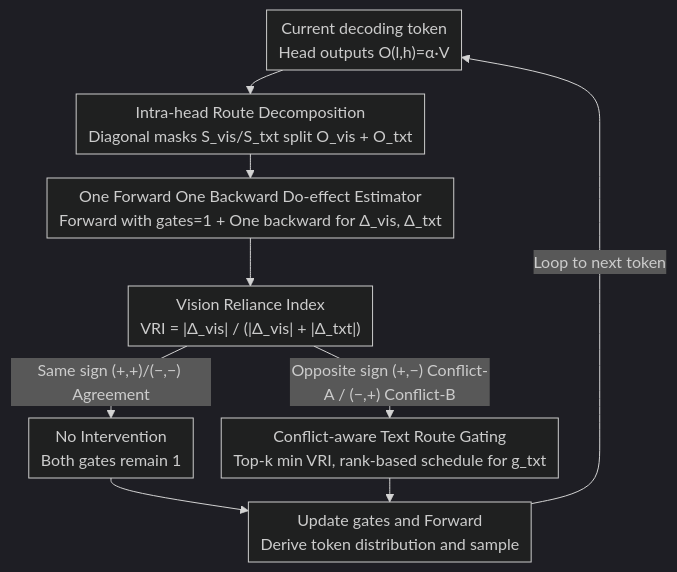
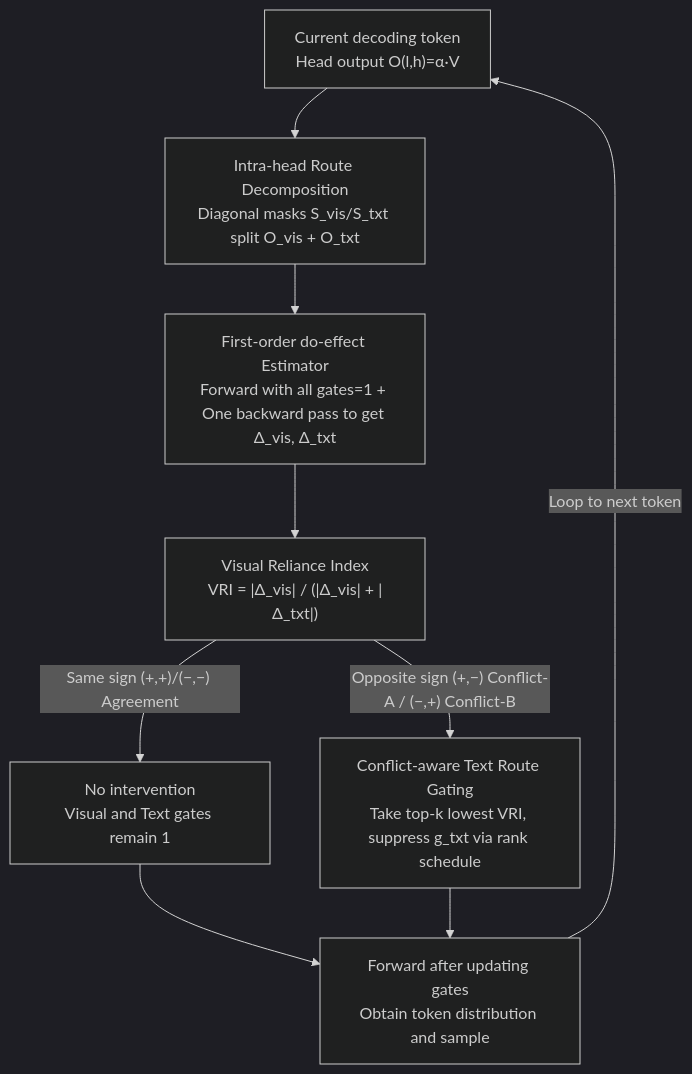
One commit to zhaoyang97/Paper-Notes-en changed the diagram in docs/ICML2026/hallucination/mitigating_hallucinations_in_large_vision-language_models_via_causal_route_gatin.md. Above: the diagram before and after it, drawn with Mermaid (dark theme). The commit also changed other lines of this file and 5084 other files, not shown here.

````diff
--- a/docs/ICML2026/hallucination/mitigating_hallucinations_in_large_vision-language_models_via_causal_route_gatin.md
+++ b/docs/ICML2026/hallucination/mitigating_hallucinations_in_large_vision-language_models_via_causal_route_gatin.md
@@ -41,12 +41,11 @@
 ```mermaid
-%%{init: {'flowchart': {'rankSpacing': 24, 'nodeSpacing': 28, 'padding': 6, 'wrappingWidth': 400}}}%%
-flowchart TD
-    A["Current decoding token<br/>Head outputs O(l,h)=α·V"] --> B["Intra-head Route Decomposition<br/>Diagonal masks S_vis/S_txt split O_vis + O_txt"]
-    B --> C["One Forward One Backward Do-effect Estimator<br/>Forward with gates=1 + One backward for Δ_vis, Δ_txt"]
-    C --> D["Vision Reliance Index<br/>VRI = |Δ_vis| / (|Δ_vis| + |Δ_txt|)"]
-    D -->|"Same sign (+,+)/(−,−) Agreement"| E["No Intervention<br/>Both gates remain 1"]
-    D -->|"Opposite sign (+,−) Conflict-A / (−,+) Conflict-B"| F["Conflict-aware Text Route Gating<br/>Top-k min VRI, rank-based schedule for g_txt"]
-    E --> G["Update gates and Forward<br/>Derive token distribution and sample"]
+graph TD
+    A["Current decoding token<br/>Head output O(l,h)=α·V"] --> B["Intra-head Route Decomposition<br/>Diagonal masks S_vis/S_txt split O_vis + O_txt"]
+    B --> C["First-order do-effect Estimator<br/>Forward with all gates=1 + One backward pass to get Δ_vis, Δ_txt"]
+    C --> D["Visual Reliance Index<br/>VRI = |Δ_vis| / (|Δ_vis| + |Δ_txt|)"]
+    D -->|"Same sign (+,+)/(−,−) Agreement"| E["No intervention<br/>Visual and Text gates remain 1"]
+    D -->|"Opposite sign (+,−) Conflict-A / (−,+) Conflict-B"| F["Conflict-aware Text Route Gating<br/>Take top-k lowest VRI, suppress g_txt via rank schedule"]
+    E --> G["Forward after updating gates<br/>Obtain token distribution and sample"]
     F --> G
     G -->|"Loop to next token"| A
 ```
````
